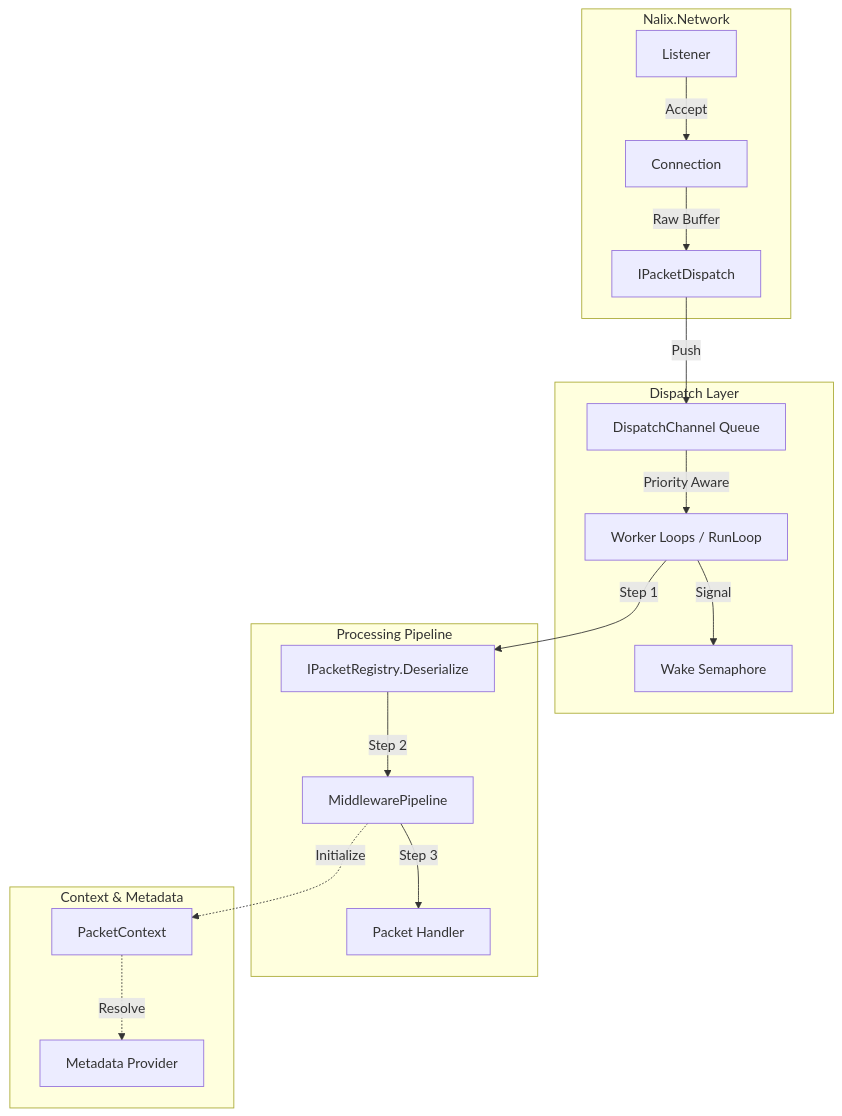
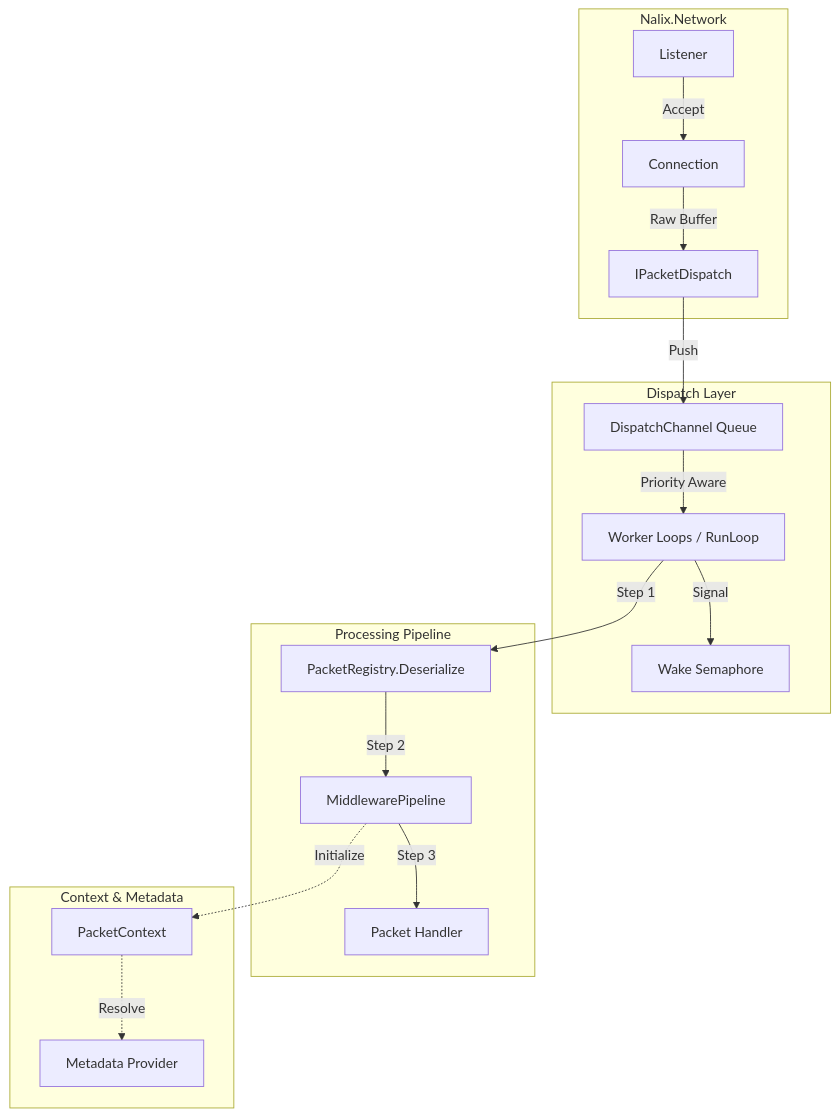
Before and after one commit to ppn-systems/Nalix: the diagram in docs/api/runtime/index.md, drawn with Mermaid. The commit also changed 524 other files, not shown here.

````diff
--- a/docs/api/runtime/index.md
+++ b/docs/api/runtime/index.md
@@ -9,24 +9,24 @@
 ```mermaid
 flowchart TD
     subgraph Network[Nalix.Network]
         L[Listener] -->|Accept| C[Connection]
         C -->|Raw Buffer| D[IPacketDispatch]
     end
 
     subgraph Channel[Dispatch Layer]
         D -->|Push| Q[DispatchChannel Queue]
         Q -->|Priority Aware| WL[Worker Loops / RunLoop]
         WL -->|Signal| Wake[Wake Semaphore]
     end
 
     subgraph Pipeline[Processing Pipeline]
-        WL -->|Step 1| Des[IPacketRegistry.Deserialize]
+        WL -->|Step 1| Des[PacketRegistry.Deserialize]
         Des -->|Step 2| PM[MiddlewarePipeline]
         PM -->|Step 3| H[Packet Handler]
     end
 
     subgraph State[Context & Metadata]
         PM -.->|Initialize|Ctx[PacketContext]
         Ctx -.->|Resolve| Meta[Metadata Provider]
     end
 ```
````
